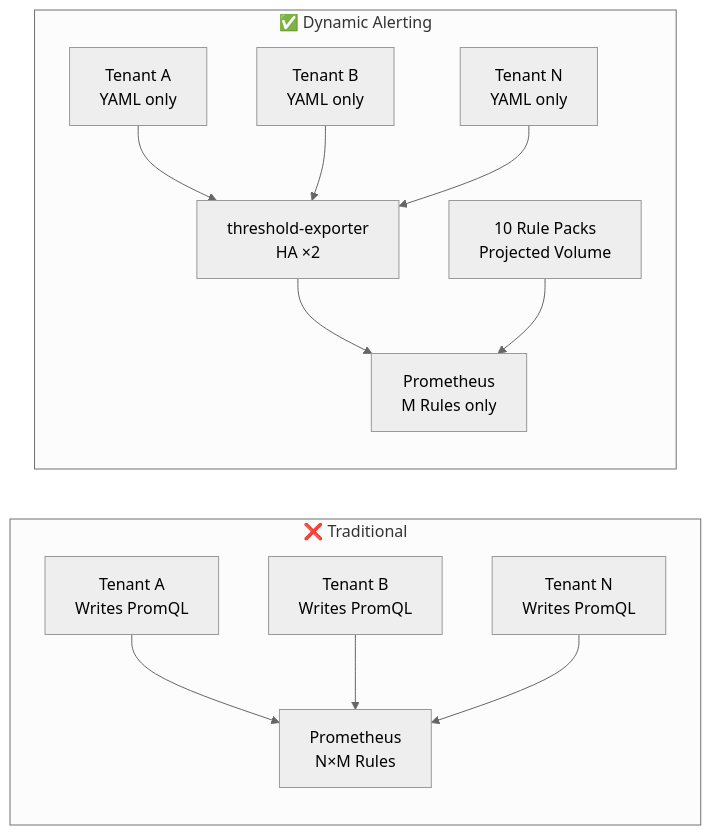
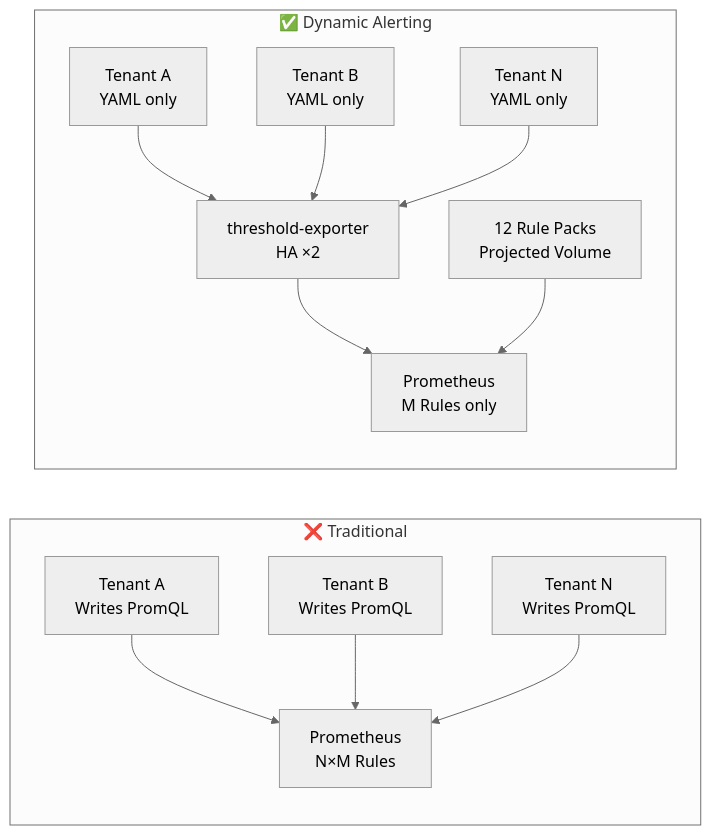
One commit to vencil/Dynamic-Alerting-Integrations changed the first of 2 diagrams in README.en.md. Above: the diagram before and after it, drawn with Mermaid (neutral theme). The commit also changed other lines of this file and 41 other files, not shown here.

````diff
--- a/README.en.md
+++ b/README.en.md
@@ -153,16 +153,16 @@
 ```mermaid
 graph LR
     subgraph "❌ Traditional"
         T1_old[Tenant A<br>Writes PromQL] --> P_old[Prometheus<br>N×M Rules]
         T2_old[Tenant B<br>Writes PromQL] --> P_old
         TN_old[Tenant N<br>Writes PromQL] --> P_old
     end
 
     subgraph "✅ Dynamic Alerting"
         T1_new[Tenant A<br>YAML only] --> TE[threshold-exporter<br>HA ×2]
         T2_new[Tenant B<br>YAML only] --> TE
         TN_new[Tenant N<br>YAML only] --> TE
         TE --> P_new[Prometheus<br>M Rules only]
-        RP[10 Rule Packs<br>Projected Volume] --> P_new
+        RP[12 Rule Packs<br>Projected Volume] --> P_new
     end
 ```
````
